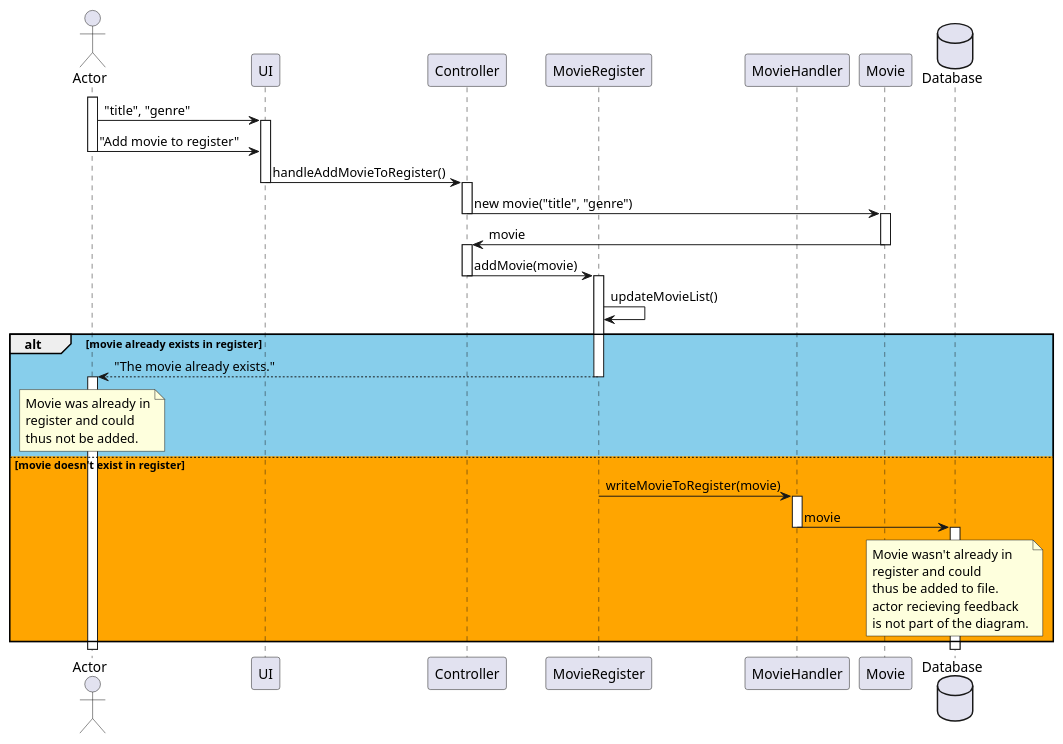
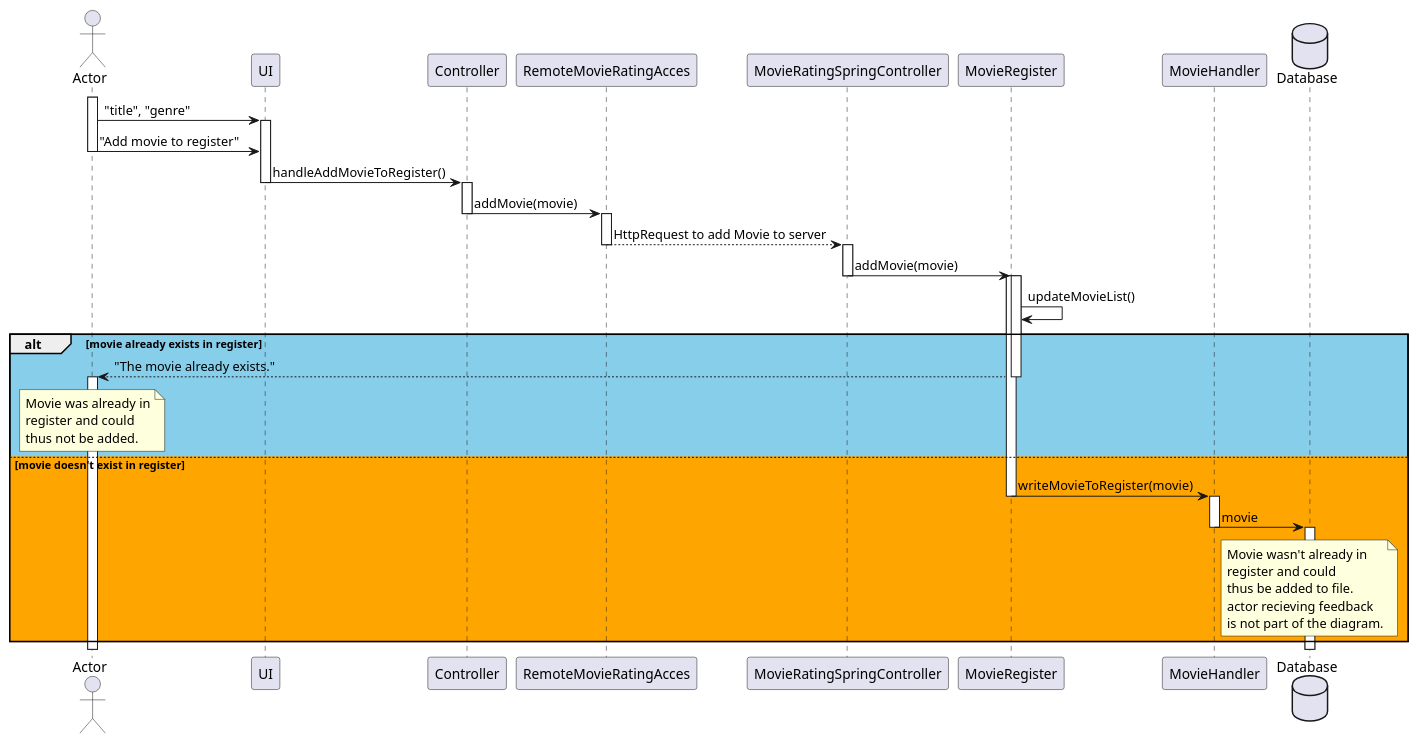
Before and after one commit to sofieothilie/ITP: the diagram in movieRating/docs/release3/diagrams/SequenceDiagram.puml, drawn with PlantUML. The commit also changed 14 other files, not shown here.

```diff
--- a/movieRating/docs/release3/diagrams/SequenceDiagram.puml
+++ b/movieRating/docs/release3/diagrams/SequenceDiagram.puml
@@ -1,61 +1,66 @@
 @startuml Sequence Diagram
 skinparam maxNoteSize 50
 actor       Actor            as actor
 participant UI              as ui
 participant Controller      as controller
-participant MovieRegister   as movieRegister
-participant MovieHandler   as movieHandler
-participant Movie           as movie
+participant RemoteMovieRatingAcces   as remote
+participant MovieRatingSpringController   as server
+participant MovieRegister   as movreg
+participant MovieHandler as movieHandler
 database    Database        as database 
 
 activate actor
 actor            ->  ui :                "title", "genre"
 activate ui
 actor            ->  ui :                "Add movie to register"
 deactivate actor
 ui              ->  controller :        handleAddMovieToRegister()
 deactivate ui
 activate controller
-controller      ->  movie :             new movie("title", "genre")
+controller      ->  remote :     addMovie(movie)
 deactivate controller
-activate movie
-movie           ->  controller :        movie      
-deactivate movie
-activate controller
-controller      ->  movieRegister :     addMovie(movie)
-deactivate controller
-activate movieRegister
-movieRegister   ->  movieRegister :     updateMovieList()
+activate remote
+remote --> server : HttpRequest to add Movie to server
+deactivate remote
+activate server 
+server -> movreg :     addMovie(movie)
+deactivate server
+activate movreg
+
+
+
+activate movreg
+movreg   ->  movreg :     updateMovieList()
 
 alt #SkyBlue movie already exists in register
 
-    movieRegister   --> actor :          "The movie already exists."
-    deactivate movieRegister
+    movreg   --> actor :          "The movie already exists."
+    deactivate movreg
     activate actor
 
     note over actor
         Movie was already in
         register and could 
         thus not be added.
     end note
 
 
 else #Orange movie doesn't exist in register
     
-    movieRegister   -> movieHandler :   writeMovieToRegister(movie)
-    deactivate movieRegister
+    movreg   -> movieHandler :   writeMovieToRegister(movie)
+    deactivate movreg
     activate movieHandler
     movieHandler    -> database :       movie
     deactivate movieHandler
     activate database
     note over database
         Movie wasn't already in
         register and could 
         thus be added to file.
         actor recieving feedback 
         is not part of the diagram.
     end note
 
 end
 
 @enduml
```
